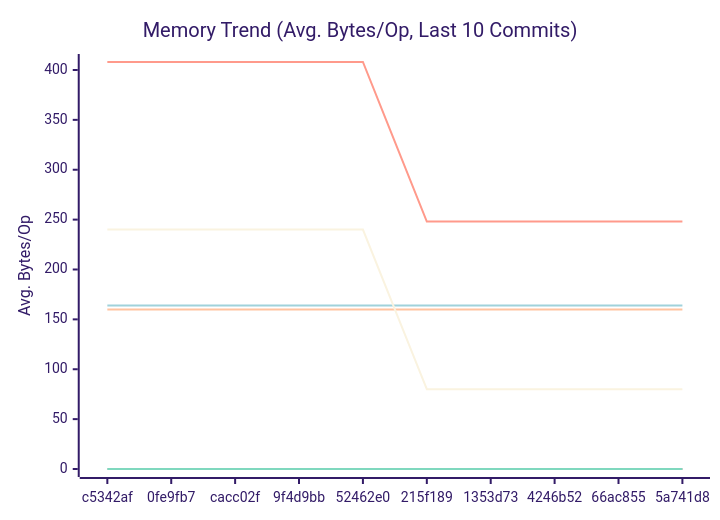
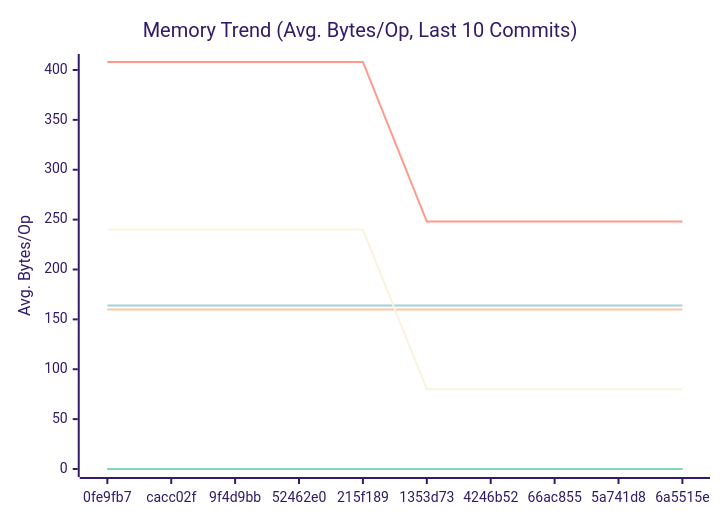
One commit to alsotoes/momo changed the second of 3 diagrams in docs/PERFORMANCE.md. Above: the diagram before and after it, drawn with Mermaid (forest theme). The commit also changed other lines of this file and 2 other files, not shown here.

````diff
--- a/docs/PERFORMANCE.md
+++ b/docs/PERFORMANCE.md
@@ -97,16 +97,16 @@
 ```mermaid
 xychart-beta
     title "Memory Trend (Avg. Bytes/Op, Last 10 Commits)"
     x-axis "Commit"
     y-axis "Avg. Bytes/Op"
-    x-axis [c5342af,0fe9fb7,cacc02f,9f4d9bb,52462e0,215f189,1353d73,4246b52,66ac855,5a741d8]
+    x-axis [0fe9fb7,cacc02f,9f4d9bb,52462e0,215f189,1353d73,4246b52,66ac855,5a741d8,6a5515e]
     line "CheckMetricsAndSwap" [0,0,0,0,0,0,0,0,0,0]
     line "CrushOptimized" [0,0,0,0,0,0,0,0,0,0]
     line "CrushOriginal" [164,164,164,164,164,164,164,164,164,164]
     line "IndexDirectTracking" [0,0,0,0,0,0,0,0,0,0]
     line "IndexSearch" [0,0,0,0,0,0,0,0,0,0]
     line "LoadGlobalConfig" [160,160,160,160,160,160,160,160,160,160]
     line "PadString" [0,0,0,0,0,0,0,0,0,0]
     line "ParseReplicationOrder_NoPrealloc" [408,408,408,408,408,248,248,248,248,248]
     line "ParseReplicationOrder_Prealloc" [240,240,240,240,240,80,80,80,80,80]
 ```
````
